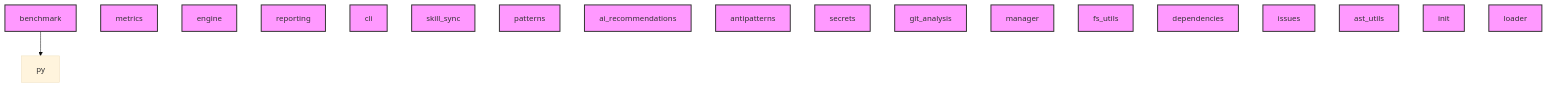
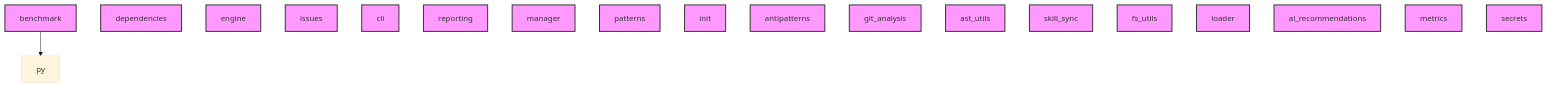
The diagram in AI_CONTEXT.md (geociencio/ai-context-core), drawn with Mermaid (base theme) before and after one commit. The commit also changed other lines of this file and 5 other files, not shown here.

````diff
--- a/AI_CONTEXT.md
+++ b/AI_CONTEXT.md
@@ -143,41 +120,41 @@
 ```mermaid
 graph TD
     benchmark --> py
     classDef module fill:#f9f,stroke:#333,stroke-width:2px;
-    metrics
-    class metrics module;
+    dependencies
+    class dependencies module;
     engine
     class engine module;
+    issues
+    class issues module;
+    cli
+    class cli module;
     reporting
     class reporting module;
-    cli
-    class cli module;
-    skill_sync
-    class skill_sync module;
-    patterns
-    class patterns module;
-    ai_recommendations
-    class ai_recommendations module;
-    antipatterns
-    class antipatterns module;
-    secrets
-    class secrets module;
-    git_analysis
-    class git_analysis module;
     benchmark
     class benchmark module;
     manager
     class manager module;
+    patterns
+    class patterns module;
+    init
+    class init module;
+    antipatterns
+    class antipatterns module;
+    git_analysis
+    class git_analysis module;
+    ast_utils
+    class ast_utils module;
+    skill_sync
+    class skill_sync module;
     fs_utils
     class fs_utils module;
-    dependencies
-    class dependencies module;
-    issues
-    class issues module;
-    ast_utils
-    class ast_utils module;
-    init
-    class init module;
     loader
     class loader module;
+    ai_recommendations
+    class ai_recommendations module;
+    metrics
+    class metrics module;
+    secrets
+    class secrets module;
 ```
````
